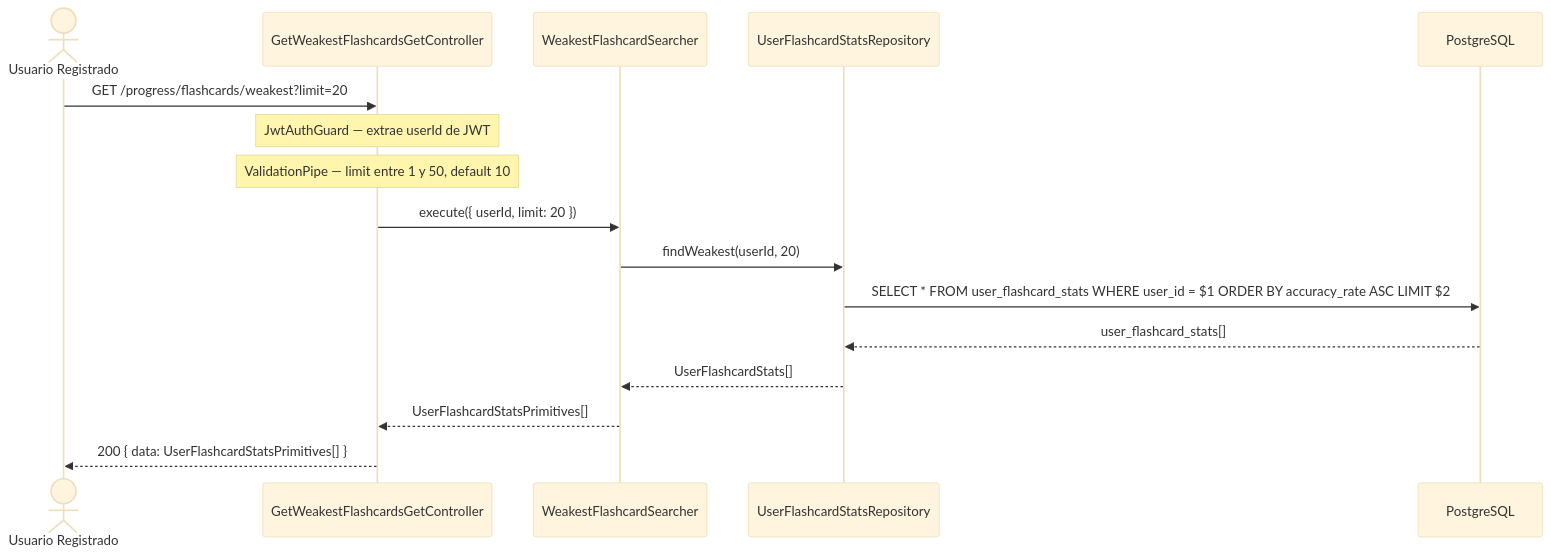
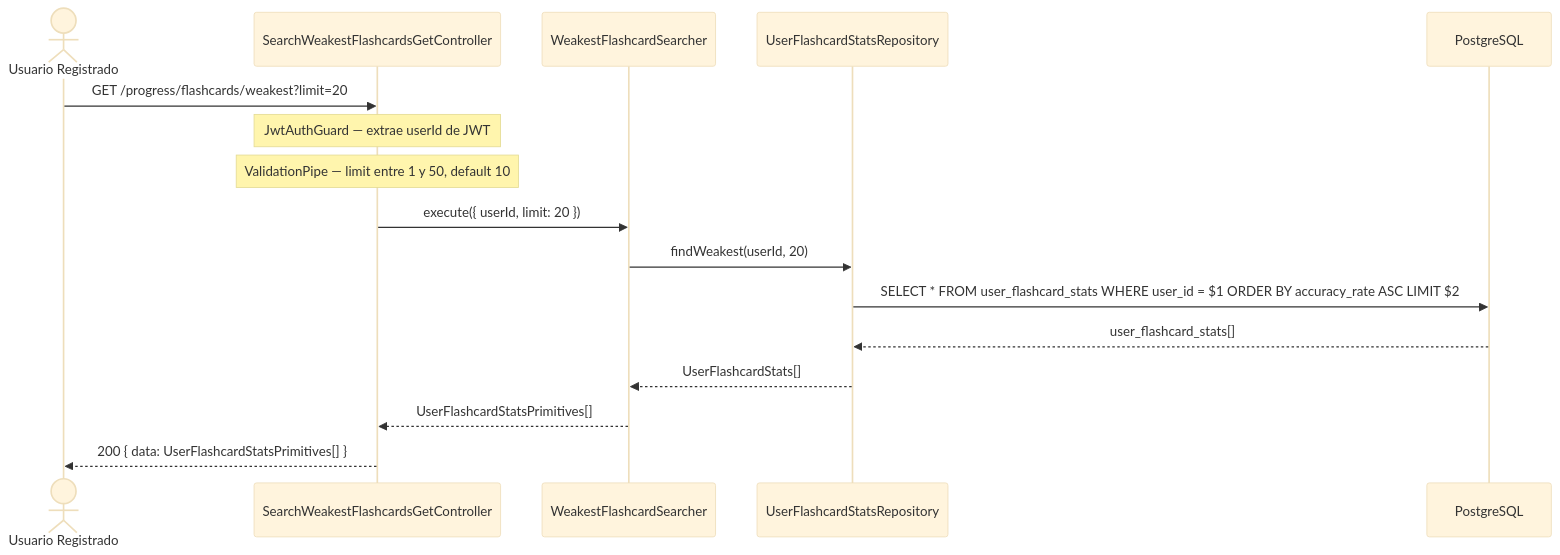
Before and after one commit to AbrahamVilchesDeLaCruz/ididntcatchthat: the diagram in docs/apps/api/progress/weakest-flashcards/sequence.md, drawn with Mermaid (base theme). The commit also changed 7 other files, not shown here.

````diff
--- a/docs/apps/api/progress/weakest-flashcards/sequence.md
+++ b/docs/apps/api/progress/weakest-flashcards/sequence.md
@@ -3,22 +3,22 @@
 ```mermaid
 sequenceDiagram
     actor U as Usuario Registrado
-    participant C as GetWeakestFlashcardsGetController
+    participant C as SearchWeakestFlashcardsGetController
     participant UC as WeakestFlashcardSearcher
     participant R as UserFlashcardStatsRepository
     participant DB as PostgreSQL
 
     U->>C: GET /progress/flashcards/weakest?limit=20
     note over C: JwtAuthGuard — extrae userId de JWT
     note over C: ValidationPipe — limit entre 1 y 50, default 10
 
     C->>UC: execute({ userId, limit: 20 })
 
     UC->>R: findWeakest(userId, 20)
     R->>DB: SELECT * FROM user_flashcard_stats WHERE user_id = $1 ORDER BY accuracy_rate ASC LIMIT $2
     DB-->>R: user_flashcard_stats[]
     R-->>UC: UserFlashcardStats[]
 
     UC-->>C: UserFlashcardStatsPrimitives[]
     C-->>U: 200 { data: UserFlashcardStatsPrimitives[] }
 ```
````
